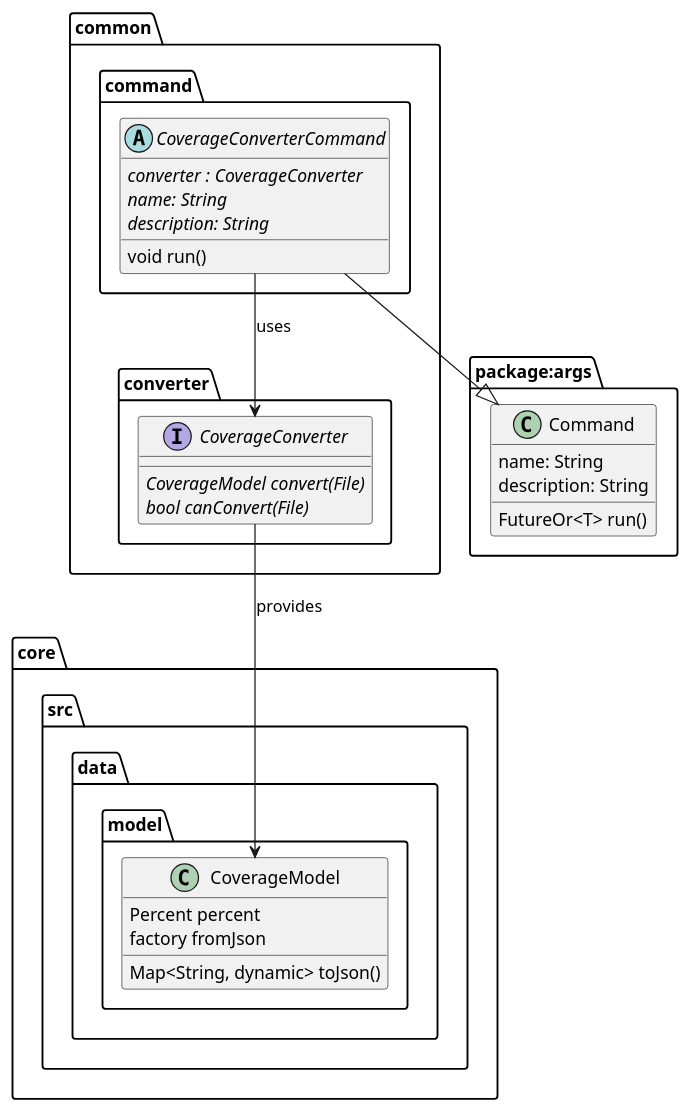
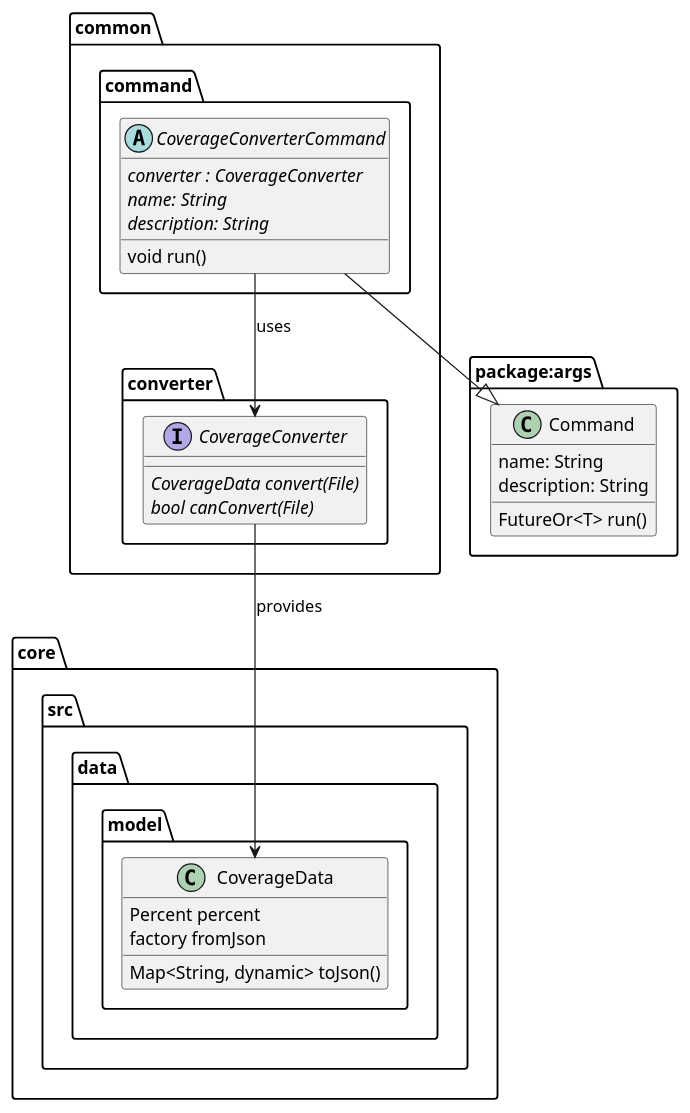
One commit to Flank/flank-dashboard changed the diagram in metrics/coverage_converter/docs/diagrams/coverage_interfaces_diagram.puml. Above: the diagram before and after it, drawn with PlantUML. The commit also changed 5 other files, not shown here.

Commit message:
Rename CoverageModel to CoverageData and fix typo

```diff
--- a/metrics/coverage_converter/docs/diagrams/coverage_interfaces_diagram.puml
+++ b/metrics/coverage_converter/docs/diagrams/coverage_interfaces_diagram.puml
@@ -1,43 +1,43 @@
 @startuml coverage_interfaces_diagram.puml
 
 package package:args {
     class Command {
         name: String
         description: String
         FutureOr<T> run()
     }
 }
 
 
 package core.src.data.model {
-    class CoverageModel {
+    class CoverageData {
         Percent percent
         Map<String, dynamic> toJson()
         factory fromJson
     }
 }
 
 
 package common {
     package command {
         abstract CoverageConverterCommand {
             {abstract} converter : CoverageConverter
             {abstract} name: String
             {abstract} description: String
             void run()
         }
     }
 
     package converter {
         interface CoverageConverter {
-            {abstract} CoverageModel convert(File)
+            {abstract} CoverageData convert(File)
             {abstract} bool canConvert(File)
         }
     }
 }
 
 CoverageConverterCommand --|> Command
-CoverageConverter --> CoverageModel : provides
+CoverageConverter --> CoverageData : provides
 CoverageConverterCommand --> CoverageConverter : uses
 
 @enduml
```
